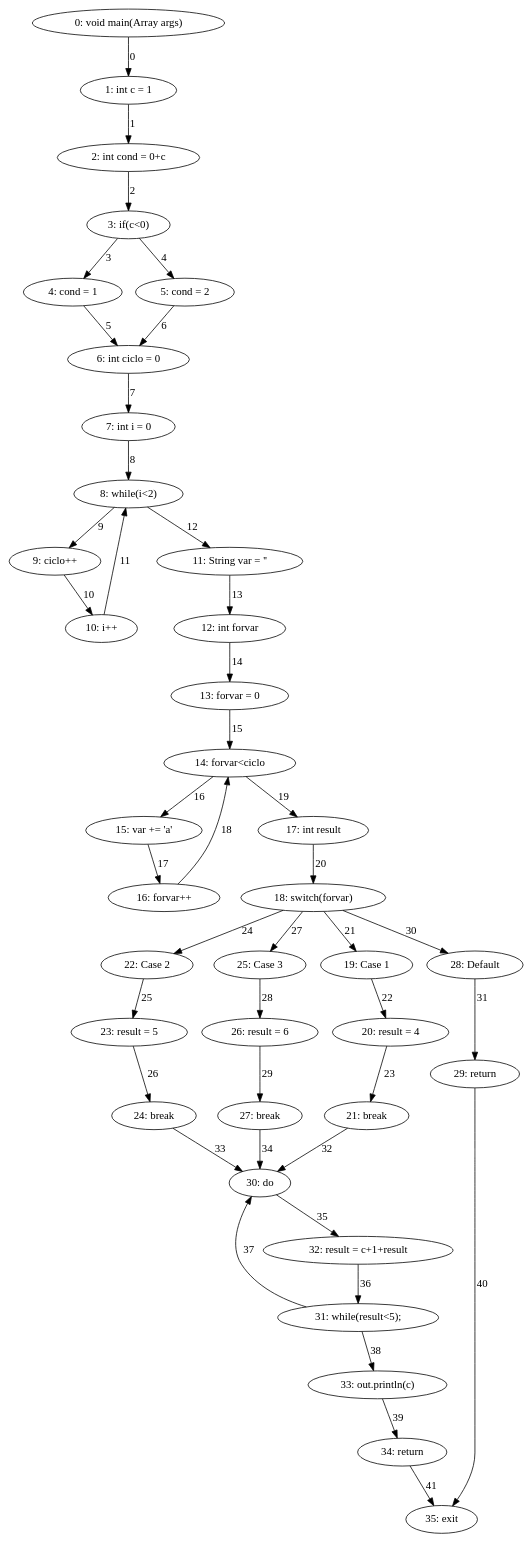
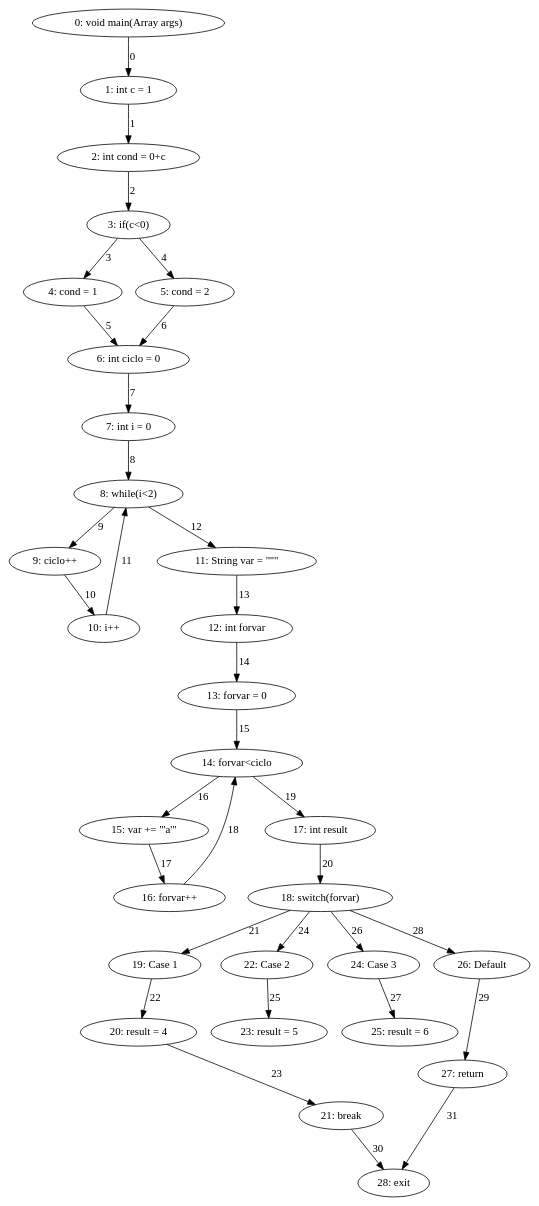
One commit to DominguesGM/comp_astanalyze changed the diagram in export/ast_cfg.dot. Above: the diagram before and after it, drawn with Graphviz. The commit also changed 15 other files, not shown here.

```diff
--- a/export/ast_cfg.dot
+++ b/export/ast_cfg.dot
@@ -1,80 +1,63 @@
 digraph G {
   1 [ label="0: void main(Array args)" ];
   2 [ label="1: int c = 1" ];
   3 [ label="2: int cond = 0+c" ];
   4 [ label="3: if(c<0)" ];
   5 [ label="4: cond = 1" ];
   6 [ label="5: cond = 2" ];
   7 [ label="6: int ciclo = 0" ];
   8 [ label="7: int i = 0" ];
   9 [ label="8: while(i<2)" ];
   10 [ label="9: ciclo++" ];
   11 [ label="10: i++" ];
-  12 [ label="11: String var = ''" ];
+  12 [ label="11: String var = \"''\"" ];
   13 [ label="12: int forvar" ];
   14 [ label="13: forvar = 0" ];
   15 [ label="14: forvar<ciclo" ];
-  16 [ label="15: var += 'a'" ];
+  16 [ label="15: var += \"'a'\"" ];
   17 [ label="16: forvar++" ];
   18 [ label="17: int result" ];
   19 [ label="18: switch(forvar)" ];
   20 [ label="19: Case 1" ];
   21 [ label="20: result = 4" ];
   22 [ label="21: break" ];
   23 [ label="22: Case 2" ];
   24 [ label="23: result = 5" ];
-  25 [ label="24: break" ];
-  26 [ label="25: Case 3" ];
-  27 [ label="26: result = 6" ];
-  28 [ label="27: break" ];
-  29 [ label="28: Default" ];
-  30 [ label="29: return" ];
-  31 [ label="31: while(result<5);" ];
-  32 [ label="30: do" ];
-  33 [ label="32: result = c+1+result" ];
-  34 [ label="33: out.println(c)" ];
-  35 [ label="34: return" ];
-  36 [ label="35: exit" ];
+  25 [ label="24: Case 3" ];
+  26 [ label="25: result = 6" ];
+  27 [ label="26: Default" ];
+  28 [ label="27: return" ];
+  29 [ label="28: exit" ];
   1 -> 2 [ label="0" ];
   2 -> 3 [ label="1" ];
   3 -> 4 [ label="2" ];
   4 -> 5 [ label="3" ];
   4 -> 6 [ label="4" ];
   5 -> 7 [ label="5" ];
   6 -> 7 [ label="6" ];
   7 -> 8 [ label="7" ];
   8 -> 9 [ label="8" ];
   9 -> 10 [ label="9" ];
   10 -> 11 [ label="10" ];
   11 -> 9 [ label="11" ];
   9 -> 12 [ label="12" ];
   12 -> 13 [ label="13" ];
   13 -> 14 [ label="14" ];
   14 -> 15 [ label="15" ];
   15 -> 16 [ label="16" ];
   16 -> 17 [ label="17" ];
   17 -> 15 [ label="18" ];
   15 -> 18 [ label="19" ];
   18 -> 19 [ label="20" ];
   19 -> 20 [ label="21" ];
   20 -> 21 [ label="22" ];
   21 -> 22 [ label="23" ];
   19 -> 23 [ label="24" ];
   23 -> 24 [ label="25" ];
-  24 -> 25 [ label="26" ];
-  19 -> 26 [ label="27" ];
-  26 -> 27 [ label="28" ];
+  19 -> 25 [ label="26" ];
+  25 -> 26 [ label="27" ];
+  19 -> 27 [ label="28" ];
   27 -> 28 [ label="29" ];
-  19 -> 29 [ label="30" ];
-  29 -> 30 [ label="31" ];
-  22 -> 32 [ label="32" ];
-  25 -> 32 [ label="33" ];
-  28 -> 32 [ label="34" ];
-  32 -> 33 [ label="35" ];
-  33 -> 31 [ label="36" ];
-  31 -> 32 [ label="37" ];
-  31 -> 34 [ label="38" ];
-  34 -> 35 [ label="39" ];
-  30 -> 36 [ label="40" ];
-  35 -> 36 [ label="41" ];
+  22 -> 29 [ label="30" ];
+  28 -> 29 [ label="31" ];
 }
```
